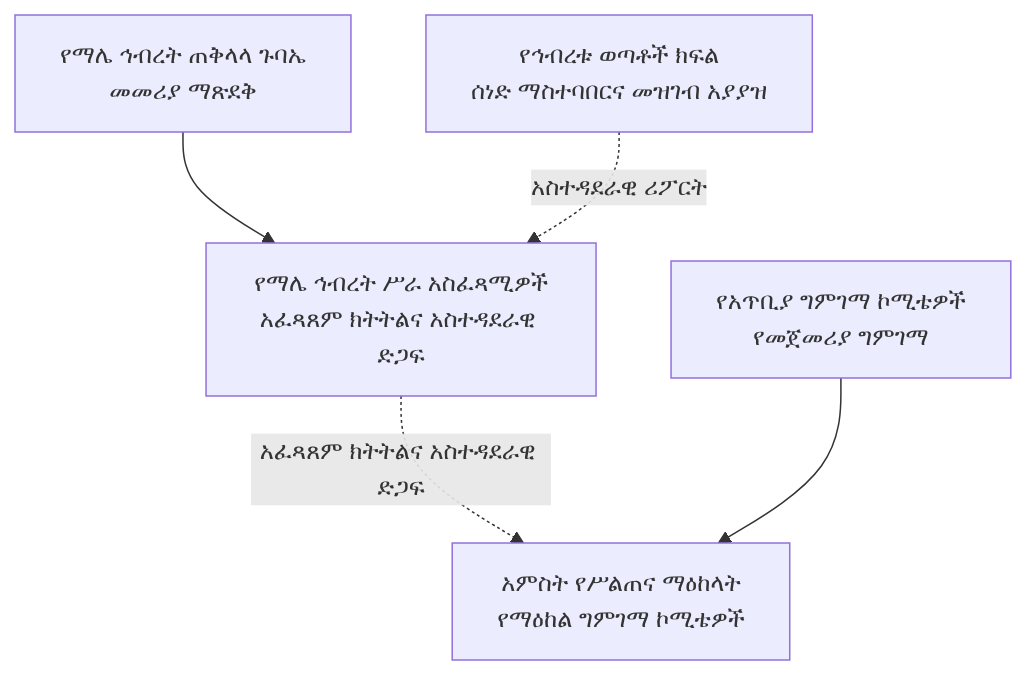
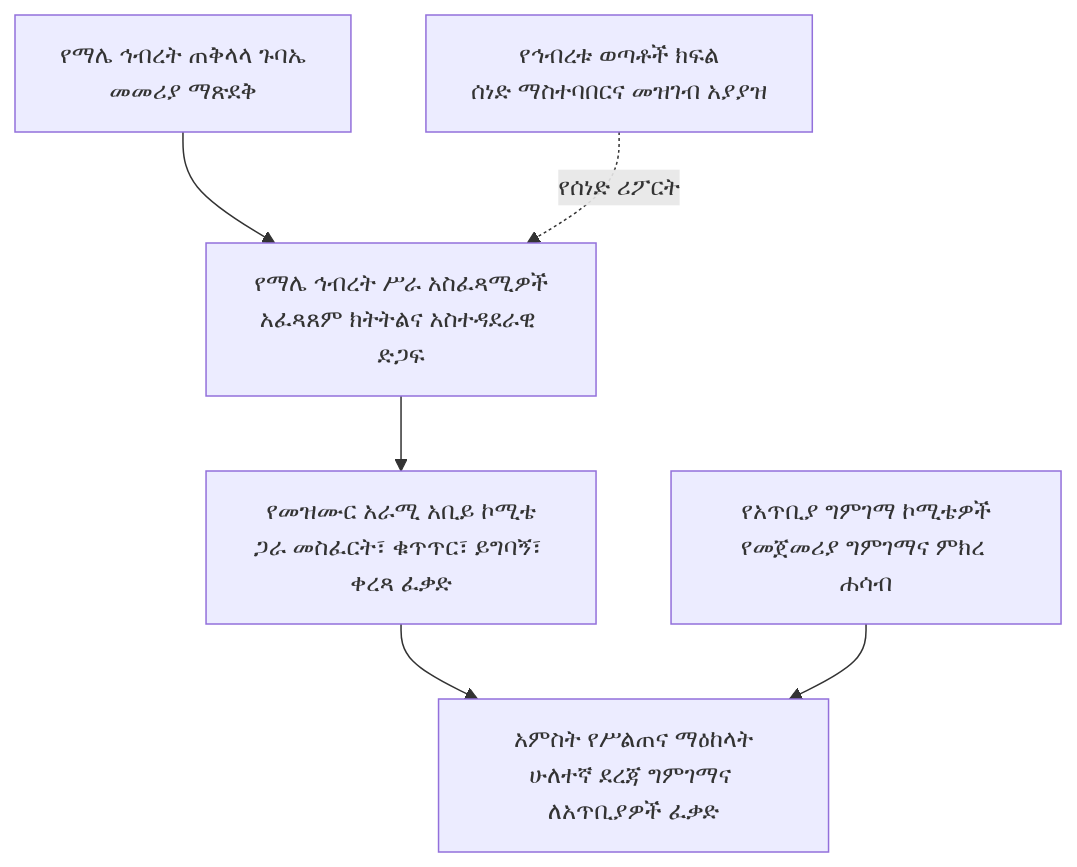
One commit to akefadaka-git/ekhc-digital-platform changed the second of 3 diagrams in docs/governance/maale-song-review-directive-am.md. Above: the diagram before and after it, drawn with Mermaid. The commit also changed other lines of this file, not shown here.

Commit message:
docs(governance): align committee authority diagrams and article numbering

````diff
--- a/docs/governance/maale-song-review-directive-am.md
+++ b/docs/governance/maale-song-review-directive-am.md
@@ -116,7 +116,8 @@
 ```mermaid
 flowchart TD
  A[የማሌ ኅብረት ጠቅላላ ጉባኤ<br/>መመሪያ ማጽደቅ] --> B[የማሌ ኅብረት ሥራ አስፈጻሚዎች<br/>አፈጻጸም ክትትልና አስተዳደራዊ ድጋፍ]
- B -. አፈጻጸም ክትትልና አስተዳደራዊ ድጋፍ .-> D[አምስት የሥልጠና ማዕከላት<br/>የማዕከል ግምገማ ኮሚቴዎች]
- E[የአጥቢያ ግምገማ ኮሚቴዎች<br/>የመጀመሪያ ግምገማ] --> D
- F[የኅብረቱ ወጣቶች ክፍል<br/>ሰነድ ማስተባበርና መዝገብ አያያዝ] -. አስተዳደራዊ ሪፖርት .-> B
+ B --> C[የመዝሙር አራሚ አቢይ ኮሚቴ<br/>ጋራ መስፈርት፣ ቁጥጥር፣ ይግባኝ፣ ቀረጻ ፈቃድ]
+ C --> D[አምስት የሥልጠና ማዕከላት<br/>ሁለተኛ ደረጃ ግምገማና ለአጥቢያዎች ፈቃድ]
+ E[የአጥቢያ ግምገማ ኮሚቴዎች<br/>የመጀመሪያ ግምገማና ምክረ ሐሳብ] --> D
+ F[የኅብረቱ ወጣቶች ክፍል<br/>ሰነድ ማስተባበርና መዝገብ አያያዝ] -. የሰነድ ሪፖርት .-> B
 ```
````
